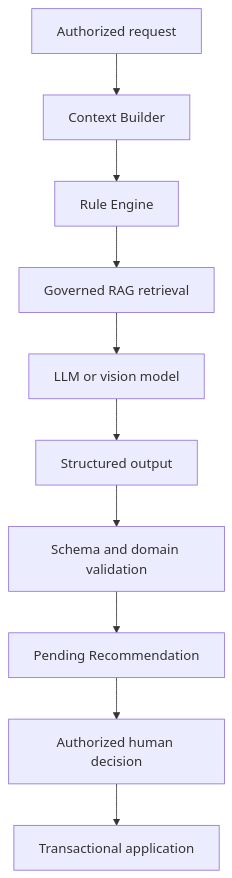
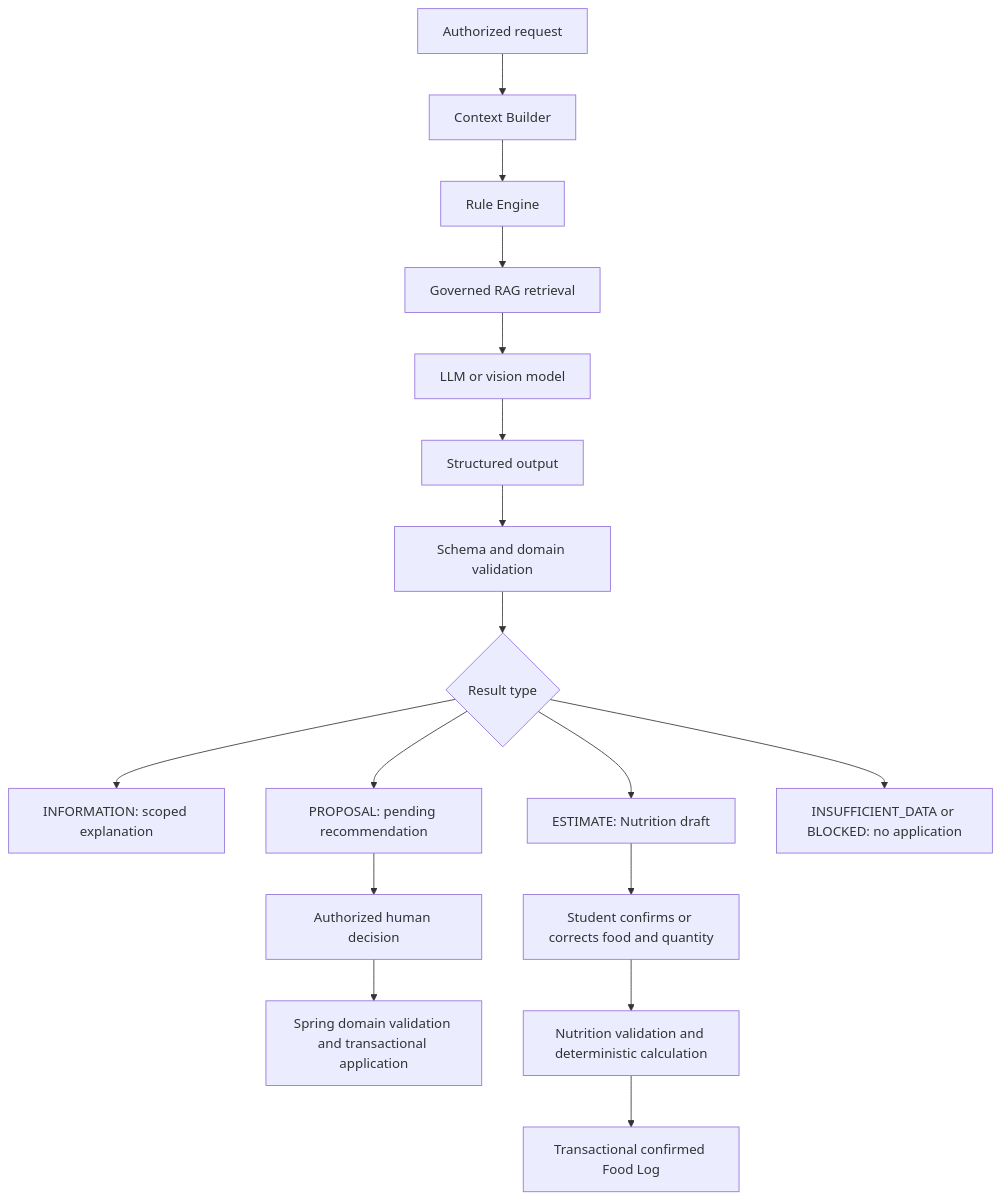
One commit to Ducbaynao/ai-integrated-personalized-online-fitness-coaching-system changed the diagram in docs/08-ai/README.md. Above: the diagram before and after it, drawn with Mermaid. The commit also changed other lines of this file and 15 other files, not shown here.

````diff
--- a/docs/08-ai/README.md
+++ b/docs/08-ai/README.md
@@ -17,12 +25,19 @@
 ```mermaid
 flowchart TB
     Request["Authorized request"] --> Context["Context Builder"]
     Context --> Rules["Rule Engine"]
     Rules --> Retrieval["Governed RAG retrieval"]
     Retrieval --> Model["LLM or vision model"]
     Model --> Structured["Structured output"]
     Structured --> Validate["Schema and domain validation"]
-    Validate --> Recommendation["Pending Recommendation"]
+    Validate --> Kind{"Result type"}
+    Kind --> Information["INFORMATION: scoped explanation"]
+    Kind --> Recommendation["PROPOSAL: pending recommendation"]
+    Kind --> Estimate["ESTIMATE: Nutrition draft"]
+    Kind --> Limited["INSUFFICIENT_DATA or BLOCKED: no application"]
     Recommendation --> Decision["Authorized human decision"]
-    Decision --> Apply["Transactional application"]
+    Decision --> Apply["Spring domain validation and transactional application"]
+    Estimate --> Confirm["Student confirms or corrects food and quantity"]
+    Confirm --> Nutrition["Nutrition validation and deterministic calculation"]
+    Nutrition --> FoodLog["Transactional confirmed Food Log"]
 ```
````
